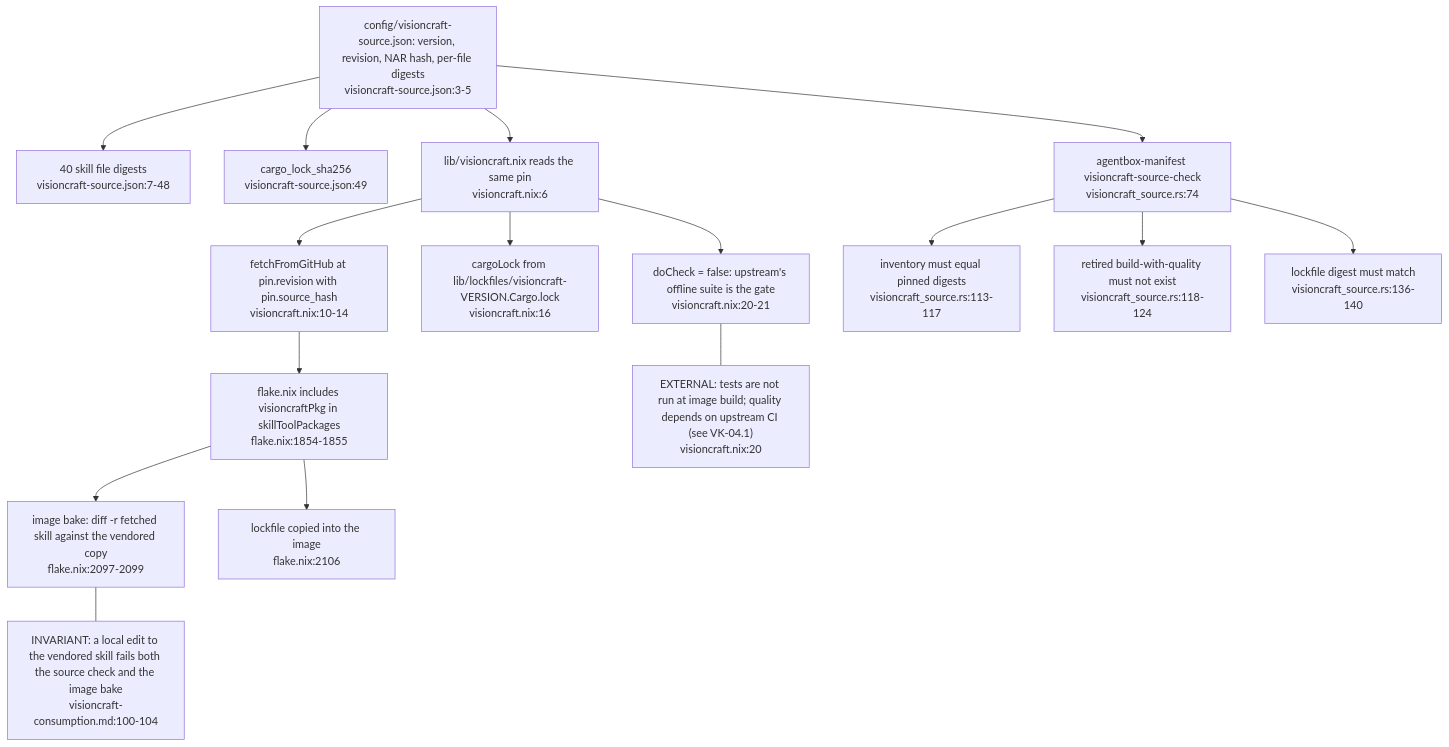
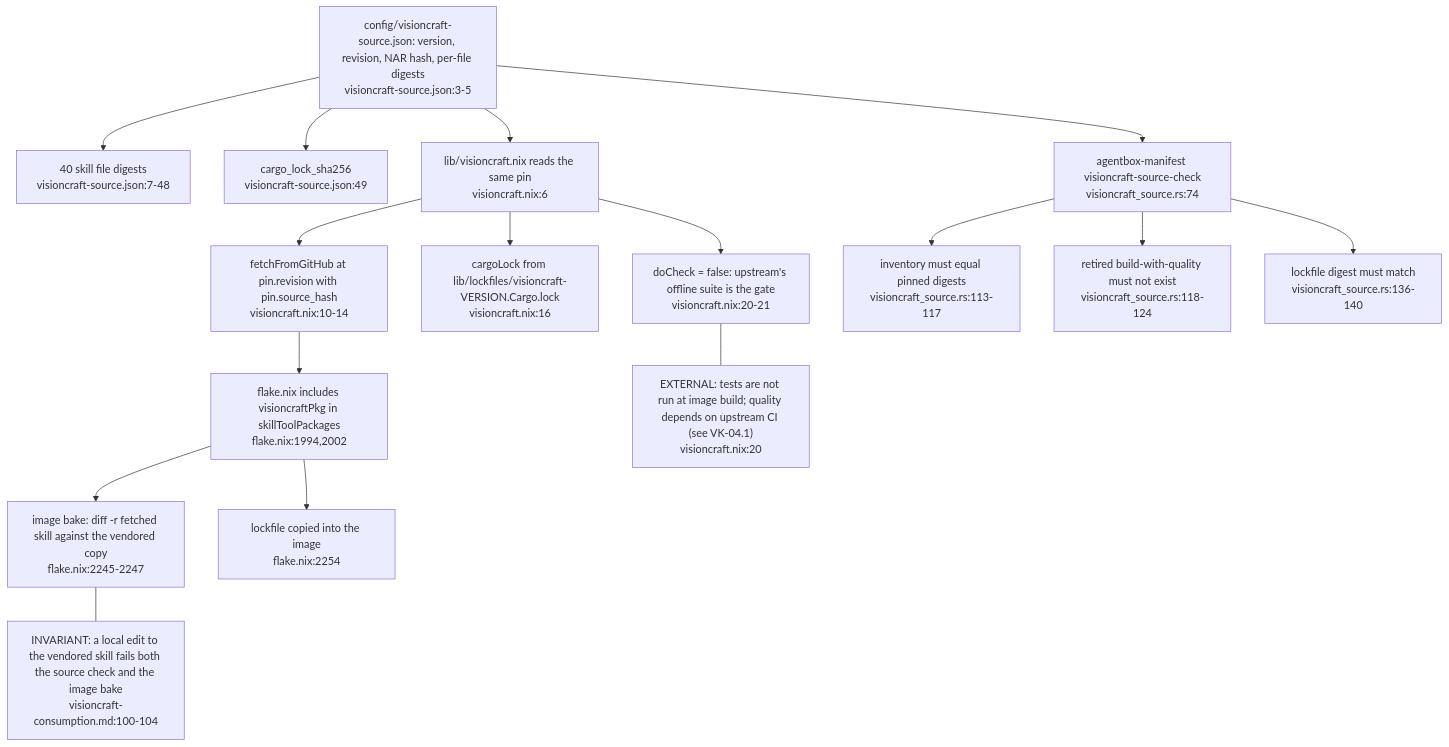
Before and after one commit to DreamLab-AI/VisionFlow: the second of 5 diagrams in docs/diagrams/visioncraft/05-browser-wasm-default-and-agentbox-consumption.md, drawn with Mermaid. The commit also changed other lines of this file and 9 other files, not shown here.

````diff
--- a/docs/diagrams/visioncraft/05-browser-wasm-default-and-agentbox-consumption.md
+++ b/docs/diagrams/visioncraft/05-browser-wasm-default-and-agentbox-consumption.md
@@ -59,34 +59,34 @@
 ```mermaid
 flowchart TB
     PIN["config/visioncraft-source.json: version, revision, NAR hash, per-file digests<br/>visioncraft-source.json:3-5"]
     FILES["40 skill file digests<br/>visioncraft-source.json:7-48"]
     LOCK["cargo_lock_sha256<br/>visioncraft-source.json:49"]
     NIX["lib/visioncraft.nix reads the same pin<br/>visioncraft.nix:6"]
     FETCH["fetchFromGitHub at pin.revision with pin.source_hash<br/>visioncraft.nix:10-14"]
     CL["cargoLock from lib/lockfiles/visioncraft-VERSION.Cargo.lock<br/>visioncraft.nix:16"]
     DC["doCheck = false: upstream's offline suite is the gate<br/>visioncraft.nix:20-21"]
-    FL["flake.nix includes visioncraftPkg in skillToolPackages<br/>flake.nix:1854-1855"]
-    DF["image bake: diff -r fetched skill against the vendored copy<br/>flake.nix:2097-2099"]
-    LK["lockfile copied into the image<br/>flake.nix:2106"]
+    FL["flake.nix includes visioncraftPkg in skillToolPackages<br/>flake.nix:1994,2002"]
+    DF["image bake: diff -r fetched skill against the vendored copy<br/>flake.nix:2245-2247"]
+    LK["lockfile copied into the image<br/>flake.nix:2254"]
     SC["agentbox-manifest visioncraft-source-check<br/>visioncraft_source.rs:74"]
     S1["inventory must equal pinned digests<br/>visioncraft_source.rs:113-117"]
     S2["retired build-with-quality must not exist<br/>visioncraft_source.rs:118-124"]
     S3["lockfile digest must match<br/>visioncraft_source.rs:136-140"]
     PIN --> FILES
     PIN --> LOCK
     PIN --> NIX
     NIX --> FETCH
     NIX --> CL
     NIX --> DC
     FETCH --> FL
     FL --> DF
     FL --> LK
     PIN --> SC
     SC --> S1
     SC --> S2
     SC --> S3
     N1["INVARIANT: a local edit to the vendored skill fails both the source check and the image bake<br/>visioncraft-consumption.md:100-104"]
     N2["EXTERNAL: tests are not run at image build; quality depends on upstream CI (see VK-04.1)<br/>visioncraft.nix:20"]
     DF --- N1
     DC --- N2
 ```
````
